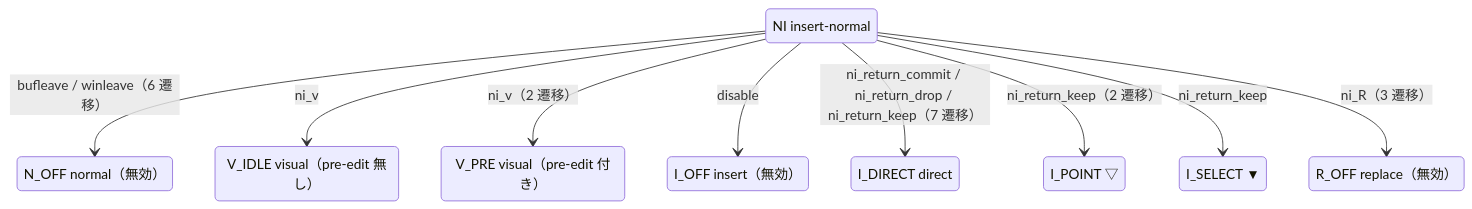
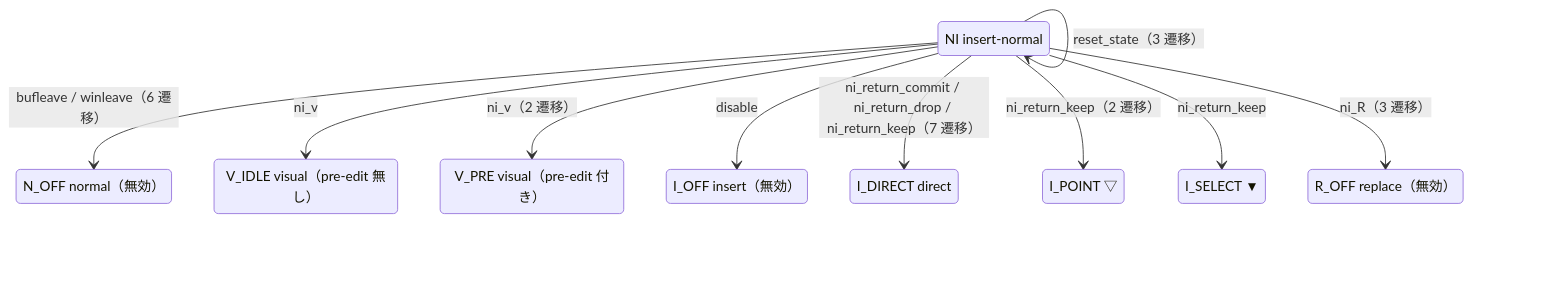
The fourth of 10 diagrams in semantics/STATE_MACHINE.md (kat0h/skkeleton.nvim), drawn with Mermaid before and after one commit. The commit also changed other lines of this file and 5 other files, not shown here.

````diff
--- a/semantics/STATE_MACHINE.md
+++ b/semantics/STATE_MACHINE.md
@@ -417,20 +426,21 @@
 ```mermaid
 stateDiagram-v2
   state "NI insert-normal" as NI
   state "N_OFF normal（無効）" as N_OFF
   state "V_IDLE visual（pre-edit 無し）" as V_IDLE
   state "V_PRE visual（pre-edit 付き）" as V_PRE
   state "I_OFF insert（無効）" as I_OFF
   state "I_DIRECT direct" as I_DIRECT
   state "I_POINT ▽" as I_POINT
   state "I_SELECT ▼" as I_SELECT
   state "R_OFF replace（無効）" as R_OFF
   NI --> N_OFF: bufleave / winleave（6 遷移）
   NI --> V_IDLE: ni_v
   NI --> V_PRE: ni_v（2 遷移）
   NI --> I_OFF: disable
   NI --> I_DIRECT: ni_return_commit / ni_return_drop / ni_return_keep（7 遷移）
   NI --> I_POINT: ni_return_keep（2 遷移）
   NI --> I_SELECT: ni_return_keep
+  NI --> NI: reset_state（3 遷移）
   NI --> R_OFF: ni_R（3 遷移）
 ```
````
